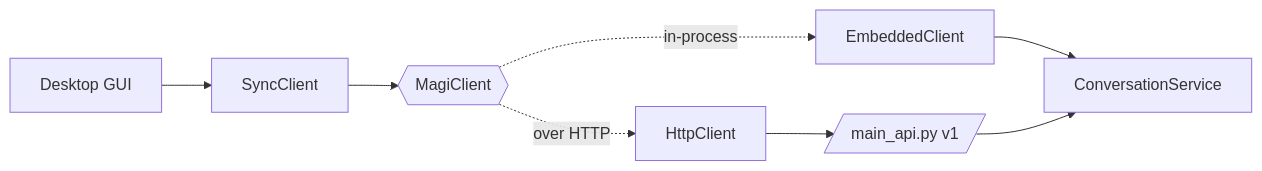
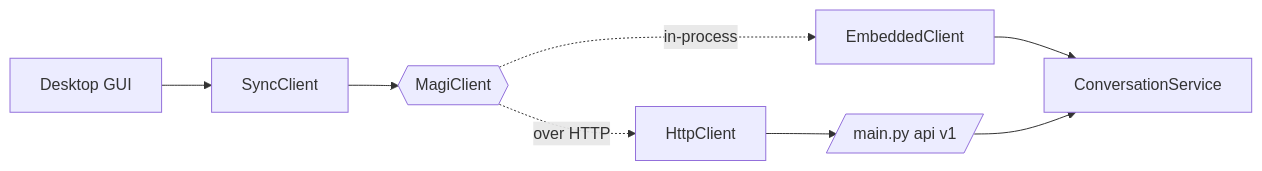
One commit to carneirofc/magi-ai-assistant changed the diagram in docs/desktop.md. Above: the diagram before and after it, drawn with Mermaid. The commit also changed other lines of this file and 9 other files, not shown here.

````diff
--- a/docs/desktop.md
+++ b/docs/desktop.md
@@ -21,7 +21,7 @@
 ```mermaid
 flowchart LR
     GUI[Desktop GUI] --> SC[SyncClient]
     SC --> MC{{MagiClient}}
     MC -.in-process.-> EMB[EmbeddedClient] --> CS[ConversationService]
-    MC -.over HTTP.-> HTTP[HttpClient] --> API[/main_api.py v1/] --> CS
+    MC -.over HTTP.-> HTTP[HttpClient] --> API[/main.py api v1/] --> CS
 ```
````
